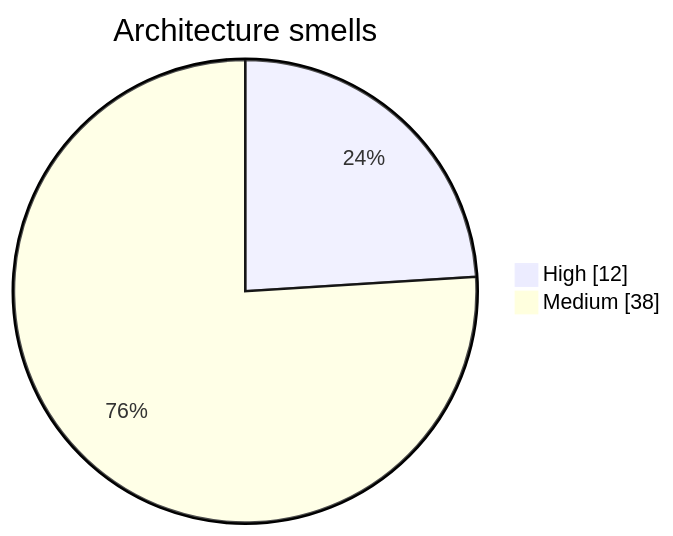
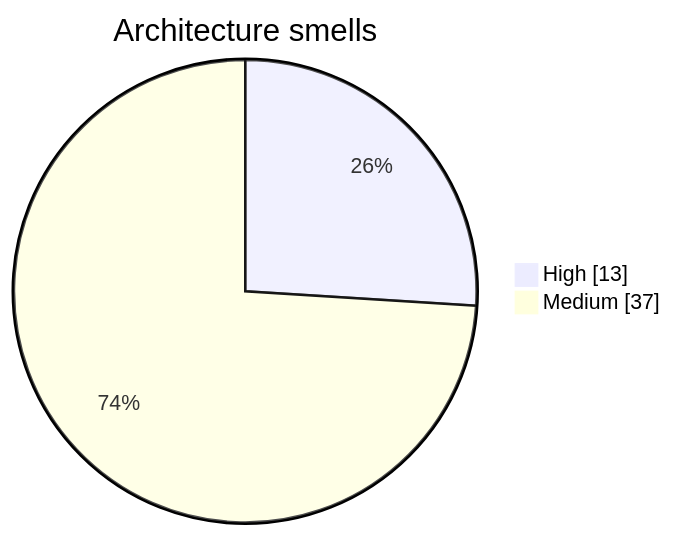
Before and after one commit to wolframs/jspace-probes: diagram 14 of 15 in .mentis/context/graphs.md, drawn with Mermaid. The commit also changed other lines of this file and 556 other files, not shown here.

````diff
--- a/.mentis/context/graphs.md
+++ b/.mentis/context/graphs.md
@@ -288,5 +288,5 @@
 ```mermaid
 pie showData title Architecture smells
-    "High" : 12
-    "Medium" : 38
+    "High" : 13
+    "Medium" : 37
 ```
````
